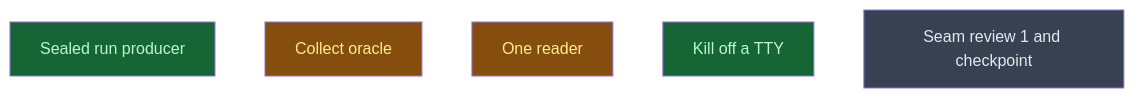
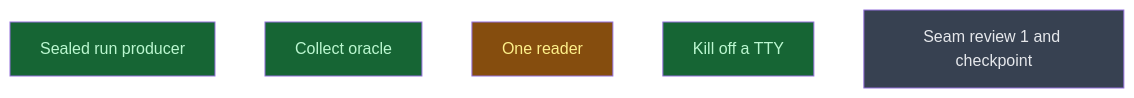
The diagram in __roadmap__/integrity/causes/README.md (CrackingShells/Candler), drawn with Mermaid before and after one commit. The commit also changed other lines of this file, not shown here.

Commit message:
rdm(api): close the collect oracle leaf

````diff
--- a/__roadmap__/integrity/causes/README.md
+++ b/__roadmap__/integrity/causes/README.md
@@ -18,13 +18,13 @@
 ```mermaid
 graph TD
     sealed_run_producer[Sealed run producer]:::done
-    collect_oracle[Collect oracle]:::inprogress
+    collect_oracle[Collect oracle]:::done
     one_reader[One reader]:::inprogress
     kill_off_tty[Kill off a TTY]:::done
     checkpoint[Seam review 1 and checkpoint]:::planned
     classDef done       fill:#166534,color:#bbf7d0
     classDef inprogress fill:#854d0e,color:#fef08a
     classDef planned    fill:#374151,color:#e5e7eb
     classDef amendment  fill:#1e3a5f,color:#bfdbfe
     classDef blocked    fill:#7f1d1d,color:#fecaca
 ```
````
